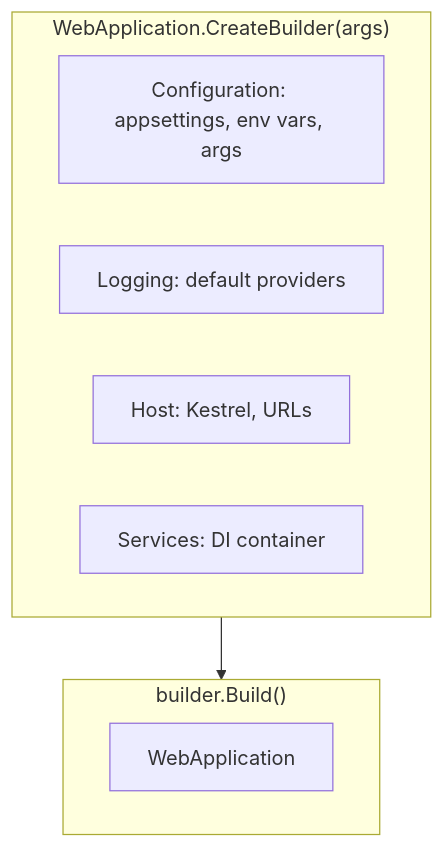
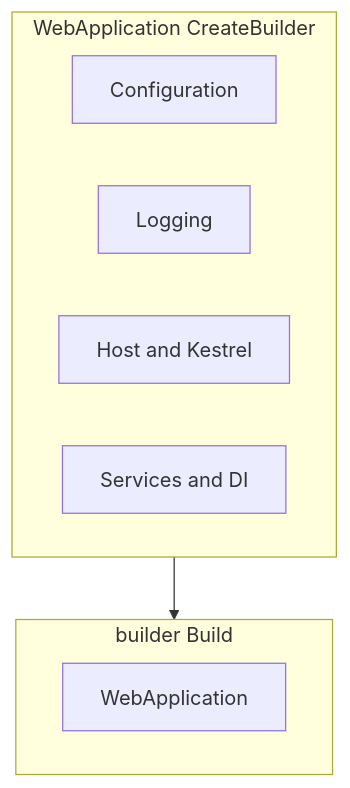
Diagram 11 of 19 in ASP.NET-Core-Network-HTTP-Guide.md (sridharpolepalli/dotnet-learn), drawn with Mermaid before and after one commit. The commit also changed other lines of this file and 1 other file, not shown here.

Commit message:
fixing the mermaid issues

````diff
--- a/ASP.NET-Core-Network-HTTP-Guide.md
+++ b/ASP.NET-Core-Network-HTTP-Guide.md
@@ -594,15 +594,15 @@
 ```mermaid
 flowchart TB
-    subgraph CreateBuilder["WebApplication.CreateBuilder(args)"]
-        Config[Configuration: appsettings, env vars, args]
-        Logging[Logging: default providers]
-        Host[Host: Kestrel, URLs]
-        Services[Services: DI container]
+    subgraph CreateBuilder["WebApplication CreateBuilder"]
+        Config["Configuration"]
+        Logging["Logging"]
+        Host["Host and Kestrel"]
+        Services["Services and DI"]
     end
 
-    subgraph Build["builder.Build()"]
+    subgraph Build["builder Build"]
         App[WebApplication]
     end
 
     CreateBuilder --> Build
 ```
````
